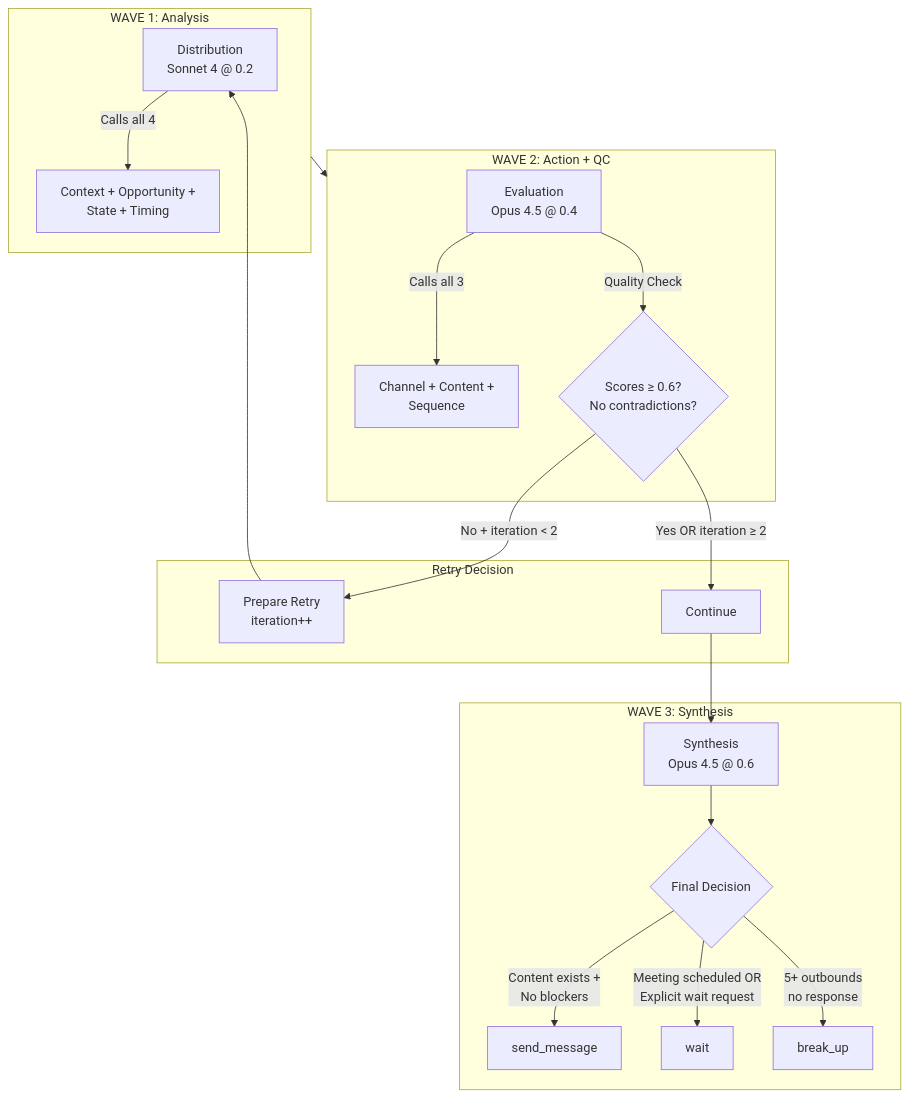
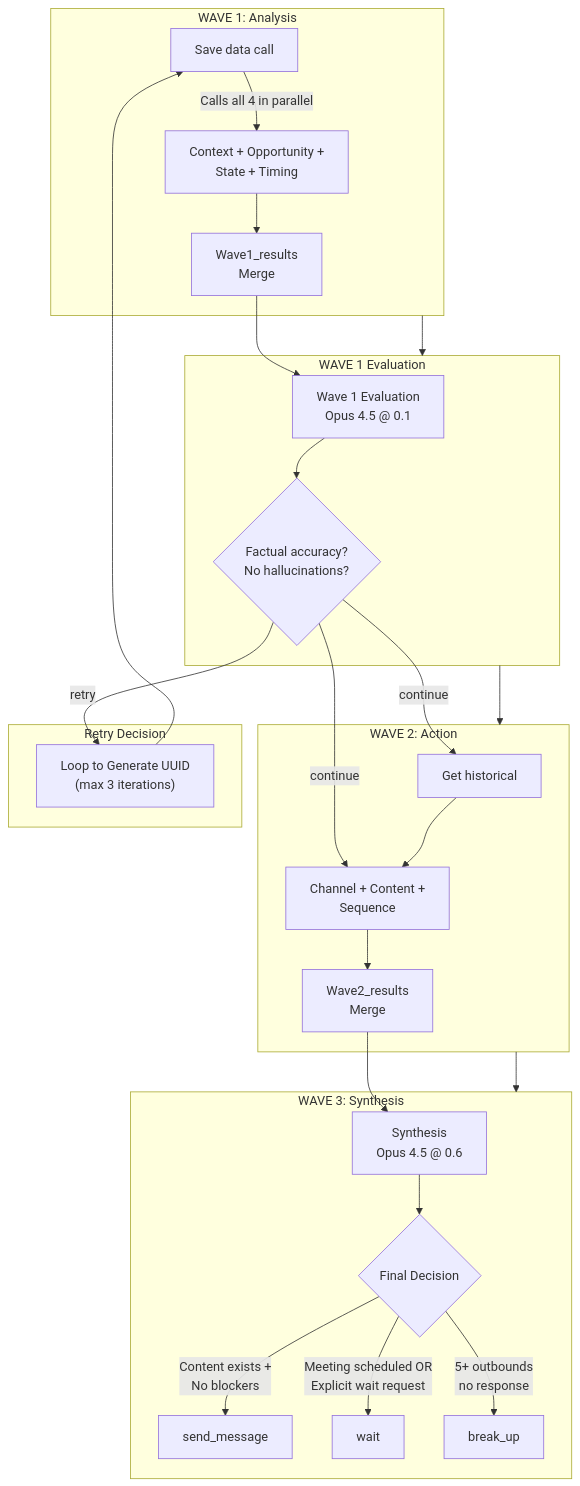
Diagram 13 of 17 in WORKFLOW-DIAGRAM.md (damianstetsonair/sales-n8n-ia), drawn with Mermaid before and after one commit. The commit also changed other lines of this file and 8 other files, not shown here.

Commit message:
update flows based in parallel workflow

````diff
--- a/WORKFLOW-DIAGRAM.md
+++ b/WORKFLOW-DIAGRAM.md
@@ -898,31 +877,37 @@
 ```mermaid
 flowchart TB
     subgraph WAVE1["WAVE 1: Analysis"]
-        OD["Distribution<br/>Sonnet 4 @ 0.2"]
-        OD -->|"Calls all 4"| T1234["Context + Opportunity +<br/>State + Timing"]
+        SDC["Save data call"]
+        SDC -->|"Calls all 4 in parallel"| T1234["Context + Opportunity +<br/>State + Timing"]
+        T1234 --> M1["Wave1_results<br/>Merge"]
     end
 
-    subgraph WAVE2["WAVE 2: Action + QC"]
-        OE["Evaluation<br/>Opus 4.5 @ 0.4"]
-        OE -->|"Calls all 3"| T567["Channel + Content +<br/>Sequence"]
-        OE -->|"Quality Check"| QC{"Scores ≥ 0.6?<br/>No contradictions?"}
+    subgraph EVAL["WAVE 1 Evaluation"]
+        M1 --> OWE["Wave 1 Evaluation<br/>Opus 4.5 @ 0.1"]
+        OWE --> QC{"Factual accuracy?<br/>No hallucinations?"}
+    end
+
+    subgraph WAVE2["WAVE 2: Action"]
+        QC -->|"continue"| GH["Get historical"]
+        QC -->|"continue"| T567["Channel + Content +<br/>Sequence"]
+        GH --> T567
+        T567 --> M2["Wave2_results<br/>Merge"]
     end
 
     subgraph RETRY_LOGIC["Retry Decision"]
-        QC -->|"No + iteration < 2"| PRC["Prepare Retry<br/>iteration++"]
-        PRC --> OD
-        QC -->|"Yes OR iteration ≥ 2"| CONTINUE["Continue"]
+        QC -->|"retry"| LOOP["Loop to Generate UUID<br/>(max 3 iterations)"]
+        LOOP --> SDC
     end
 
     subgraph WAVE3["WAVE 3: Synthesis"]
-        OS["Synthesis<br/>Opus 4.5 @ 0.6"]
+        M2 --> OS["Synthesis<br/>Opus 4.5 @ 0.6"]
         OS --> DECISION{"Final Decision"}
         DECISION -->|"Content exists +<br/>No blockers"| SEND["send_message"]
         DECISION -->|"Meeting scheduled OR<br/>Explicit wait request"| WAIT["wait"]
         DECISION -->|"5+ outbounds<br/>no response"| BREAKUP["break_up"]
     end
 
-    CONTINUE --> OS
-
-    WAVE1 --> WAVE2
+    WAVE1 --> EVAL
+    EVAL --> WAVE2
+    WAVE2 --> WAVE3
 ```
````
